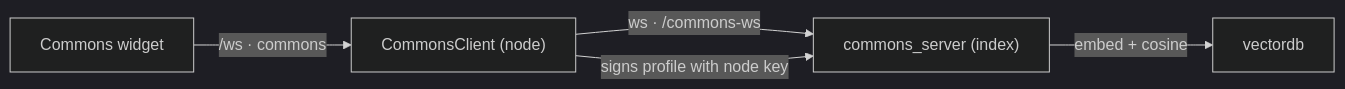
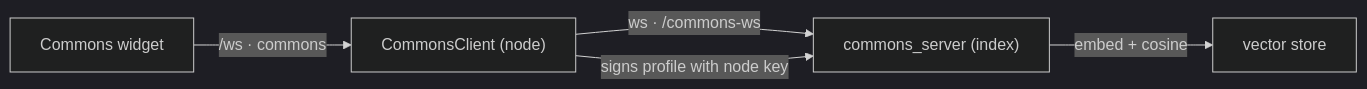
One commit to ConstCorrectness/horrible-dashboard changed the first of 2 diagrams in docs/modules/commons.mdx. Above: the diagram before and after it, drawn with Mermaid (dark theme). The commit also changed other lines of this file and 56 other files, not shown here.

````diff
--- a/docs/modules/commons.mdx
+++ b/docs/modules/commons.mdx
@@ -42,7 +47,7 @@
 ```mermaid
 flowchart LR
     Browser["Commons widget"] -->|"/ws · commons"| Client["CommonsClient (node)"]
     Client -->|"ws · /commons-ws"| Index["commons_server (index)"]
-    Index -->|"embed + cosine"| VDB["vectordb"]
+    Index -->|"embed + cosine"| VDB["vector store"]
     Client -->|"signs profile with node key"| Index
 ```
````
